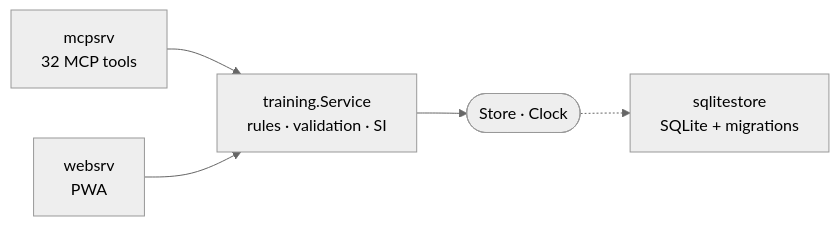
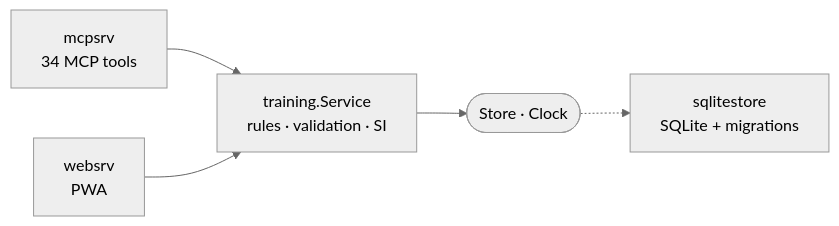
One commit to FullFran/training-mcp changed the diagram in README.md. Above: the diagram before and after it, drawn with Mermaid (neutral theme). The commit also changed other lines of this file and 6 other files, not shown here.

````diff
--- a/README.md
+++ b/README.md
@@ -24,7 +24,7 @@
 ```mermaid
 flowchart LR
-    MCP["mcpsrv<br/>32 MCP tools"] --> SVC
+    MCP["mcpsrv<br/>34 MCP tools"] --> SVC
     WEB["websrv<br/>PWA"] --> SVC
     SVC["training.Service<br/>rules · validation · SI"] --> PORT(["Store · Clock"])
     PORT -.-> SQL["sqlitestore<br/>SQLite + migrations"]
 ```
````
